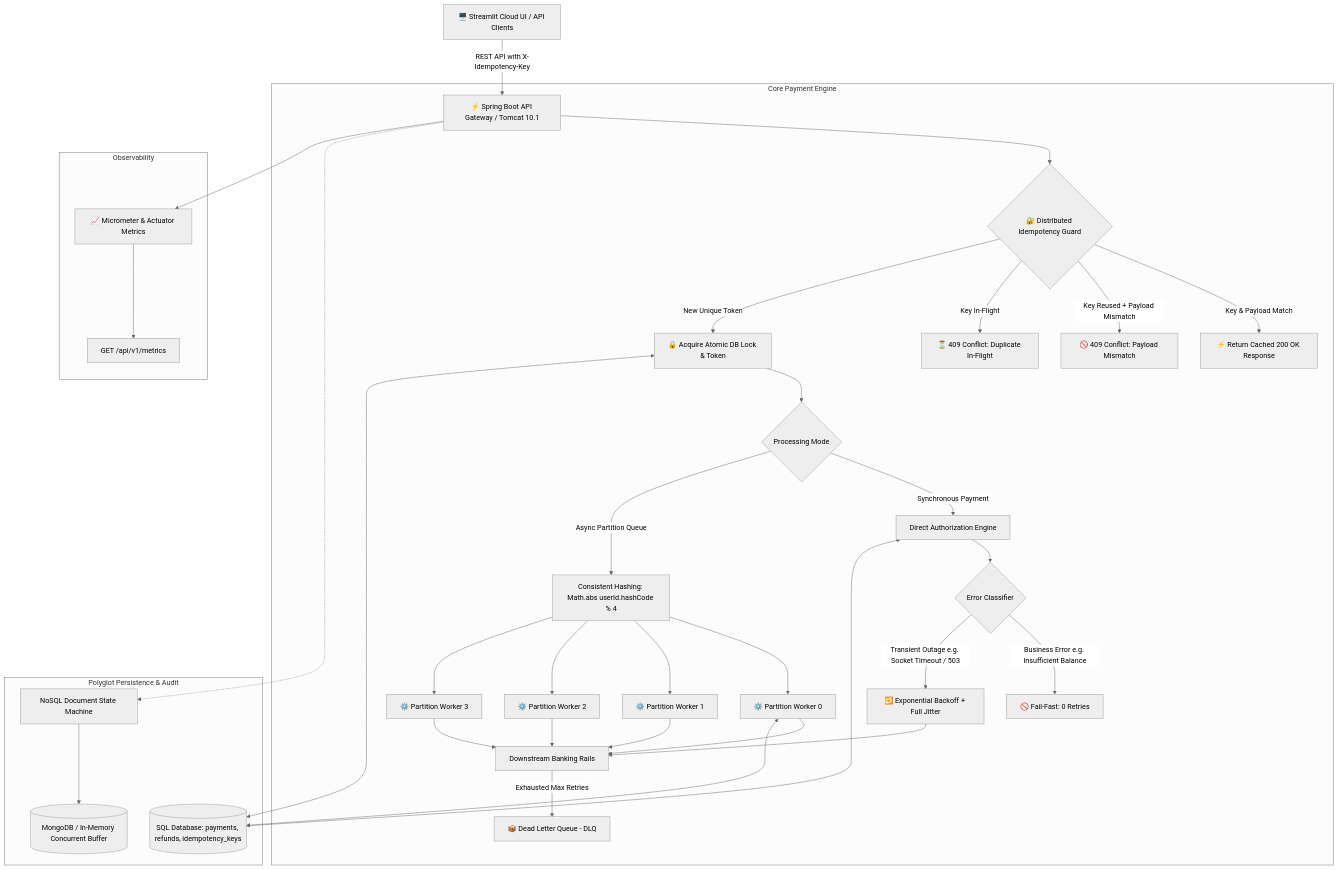
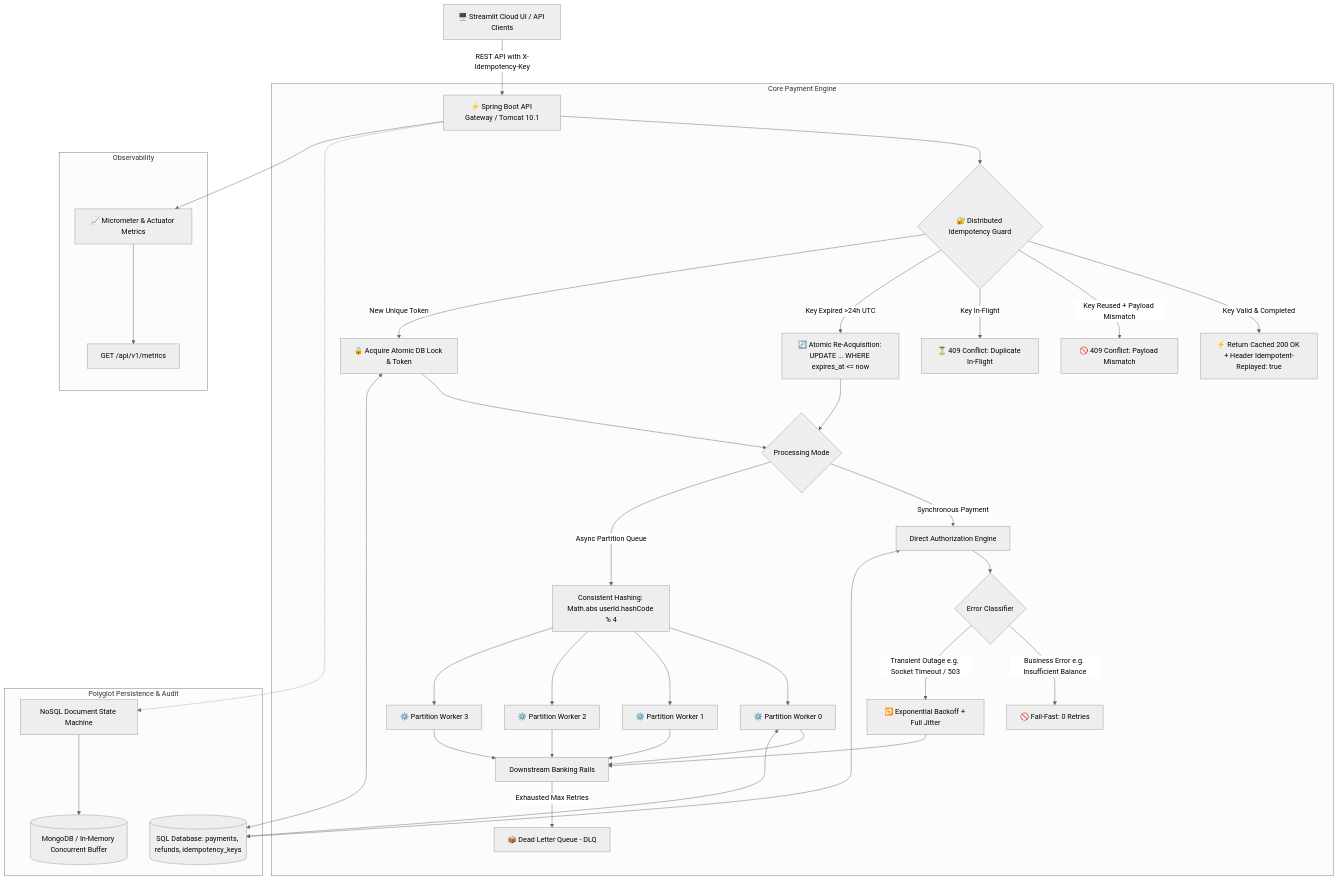
Before and after one commit to Dhanya562004/distributed-fault-tolerant-payment-system: the diagram in README.md, drawn with Mermaid (neutral theme). The commit also changed other lines of this file and 21 other files, not shown here.

Commit message:
feat: Implement 24-hour idempotency expiry, atomic key reuse, and Idempotent-Replayed response header

````diff
--- a/README.md
+++ b/README.md
@@ -40,49 +40,51 @@
 ```mermaid
 flowchart TD
     Client[🖥️ Streamlit Cloud UI / API Clients] -->|REST API with X-Idempotency-Key| Gateway[⚡ Spring Boot API Gateway / Tomcat 10.1]
     
     subgraph Core Payment Engine
         Gateway --> IdempotencyGuard{🔐 Distributed Idempotency Guard}
         
-        IdempotencyGuard -->|Key & Payload Match| CachedHit[⚡ Return Cached 200 OK Response]
+        IdempotencyGuard -->|Key Valid & Completed| CachedHit[⚡ Return Cached 200 OK + Header Idempotent-Replayed: true]
         IdempotencyGuard -->|Key Reused + Payload Mismatch| ConflictReject[🚫 409 Conflict: Payload Mismatch]
         IdempotencyGuard -->|Key In-Flight| LockReject[⏳ 409 Conflict: Duplicate In-Flight]
+        IdempotencyGuard -->|Key Expired >24h UTC| AtomicReuse[🔄 Atomic Re-Acquisition: UPDATE ... WHERE expires_at <= now]
         IdempotencyGuard -->|New Unique Token| AcquireAtomicLock[🔒 Acquire Atomic DB Lock & Token]
         
-        AcquireAtomicLock --> RouteDecision{Processing Mode}
+        AtomicReuse --> RouteDecision{Processing Mode}
+        AcquireAtomicLock --> RouteDecision
         
         RouteDecision -->|Synchronous Payment| SyncWorker[Direct Authorization Engine]
         RouteDecision -->|Async Partition Queue| PartitionRouter[Consistent Hashing: Math.abs userId.hashCode % 4]
         
         SyncWorker --> ErrorClassification{Error Classifier}
         ErrorClassification -->|Business Error e.g. Insufficient Balance| FailFast[🚫 Fail-Fast: 0 Retries]
         ErrorClassification -->|Transient Outage e.g. Socket Timeout / 503| ExponentialRetry[🔁 Exponential Backoff + Full Jitter]
         
         PartitionRouter --> W0[⚙️ Partition Worker 0]
         PartitionRouter --> W1[⚙️ Partition Worker 1]
         PartitionRouter --> W2[⚙️ Partition Worker 2]
         PartitionRouter --> W3[⚙️ Partition Worker 3]
         
         W0 --> GatewaySimulator[Downstream Banking Rails]
         W1 --> GatewaySimulator
         W2 --> GatewaySimulator
         W3 --> GatewaySimulator
         
         ExponentialRetry --> GatewaySimulator
         GatewaySimulator -->|Exhausted Max Retries| DLQ[📦 Dead Letter Queue - DLQ]
     end
 
     subgraph Polyglot Persistence & Audit
         AcquireAtomicLock <---> RelationalDB[(SQL Database: payments, refunds, idempotency_keys)]
         SyncWorker <---> RelationalDB
         W0 <---> RelationalDB
         
         Gateway -.-> AuditLogService[NoSQL Document State Machine]
         AuditLogService ---> MongoStore[(MongoDB / In-Memory Concurrent Buffer)]
     end
 
     subgraph Observability
         Gateway --> MicrometerEngine[📈 Micrometer & Actuator Metrics]
         MicrometerEngine --> PrometheusEndpoint[GET /api/v1/metrics]
     end
 ```
````
